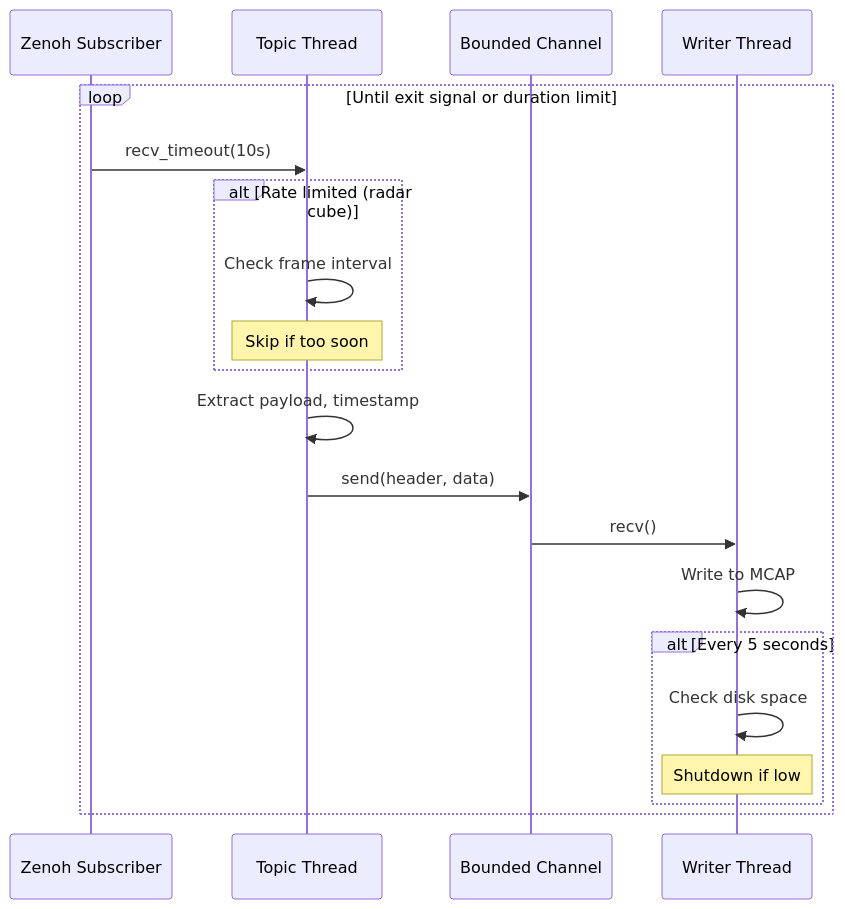
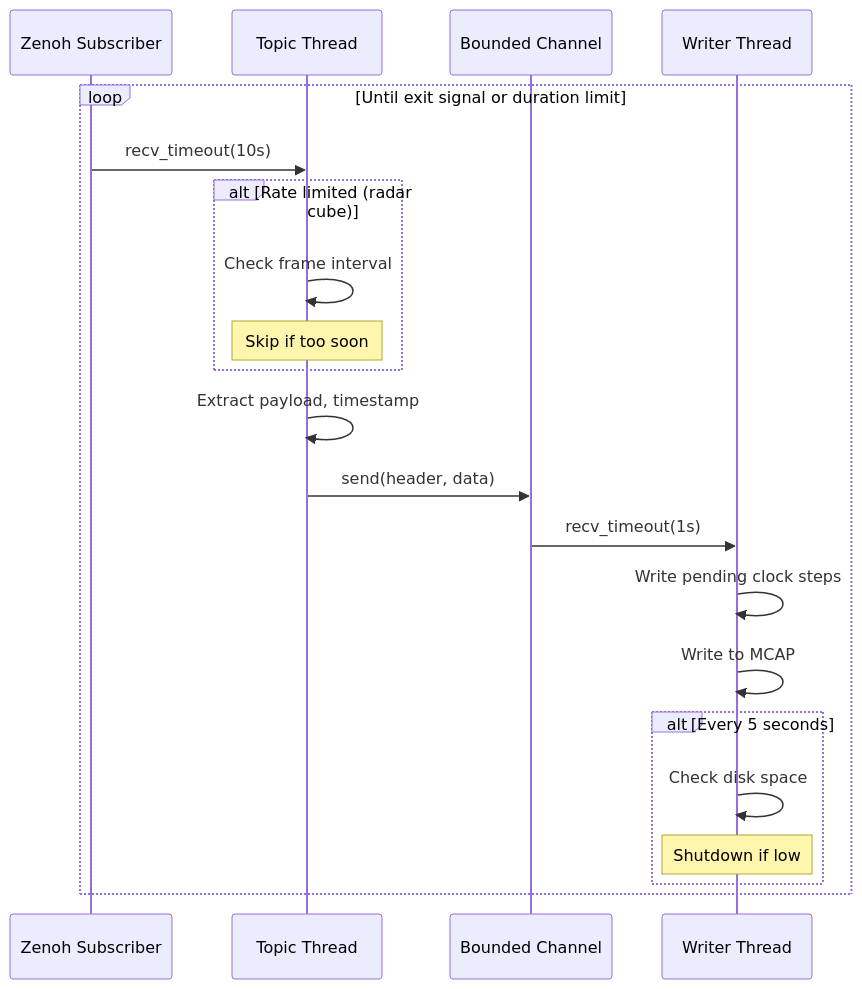
The fourth of 6 diagrams in ARCHITECTURE.md (EdgeFirstAI/recorder), drawn with Mermaid before and after one commit. The commit also changed other lines of this file and 27 other files, not shown here.

````diff
--- a/ARCHITECTURE.md
+++ b/ARCHITECTURE.md
@@ -109,26 +114,27 @@
 ```mermaid
 sequenceDiagram
     participant SUB as Zenoh Subscriber
     participant REC as Topic Thread
     participant CH as Bounded Channel
     participant WRITER as Writer Thread
 
     loop Until exit signal or duration limit
         SUB->>REC: recv_timeout(10s)
 
         alt Rate limited (radar cube)
             REC->>REC: Check frame interval
             Note over REC: Skip if too soon
         end
 
         REC->>REC: Extract payload, timestamp
         REC->>CH: send(header, data)
-        CH->>WRITER: recv()
+        CH->>WRITER: recv_timeout(1s)
+        WRITER->>WRITER: Write pending clock steps
         WRITER->>WRITER: Write to MCAP
 
         alt Every 5 seconds
             WRITER->>WRITER: Check disk space
             Note over WRITER: Shutdown if low
         end
     end
 ```
````
